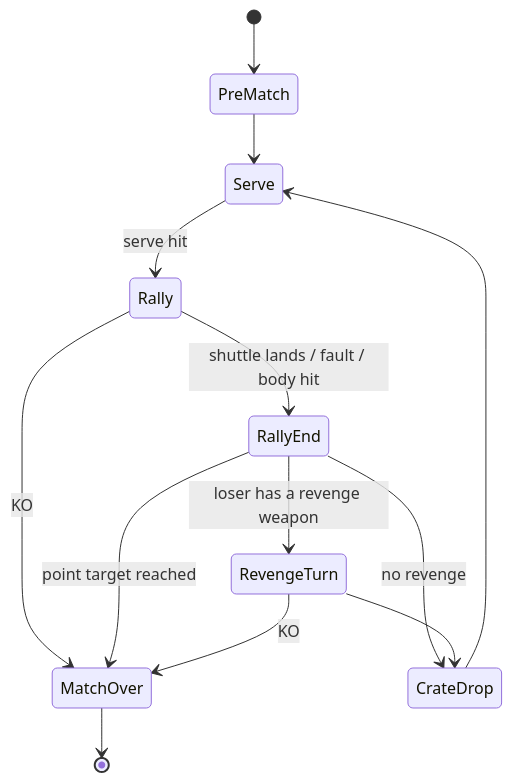
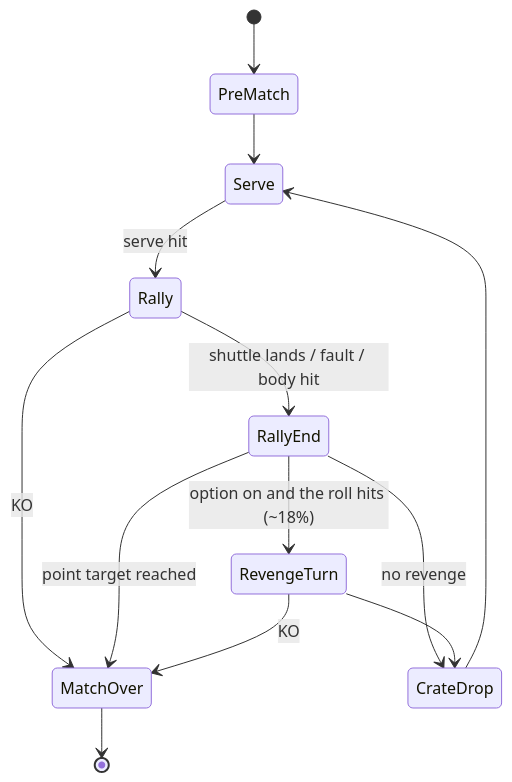
The diagram in docs/GAME_DESIGN.md (marcingol1/cfdbadminton), drawn with Mermaid before and after one commit. The commit also changed other lines of this file and 11 other files, not shown here.

````diff
--- a/docs/GAME_DESIGN.md
+++ b/docs/GAME_DESIGN.md
@@ -35,15 +35,15 @@
 ```mermaid
 stateDiagram-v2
     [*] --> PreMatch
     PreMatch --> Serve
     Serve --> Rally: serve hit
     Rally --> RallyEnd: shuttle lands / fault / body hit
     Rally --> MatchOver: KO
     RallyEnd --> MatchOver: point target reached
-    RallyEnd --> RevengeTurn: loser has a revenge weapon
+    RallyEnd --> RevengeTurn: option on and the roll hits (~18%)
     RallyEnd --> CrateDrop: no revenge
     RevengeTurn --> MatchOver: KO
     RevengeTurn --> CrateDrop
     CrateDrop --> Serve
     MatchOver --> [*]
 ```
````
